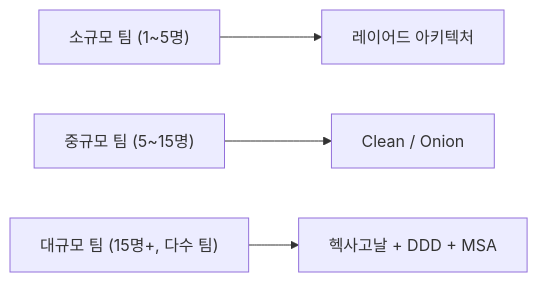
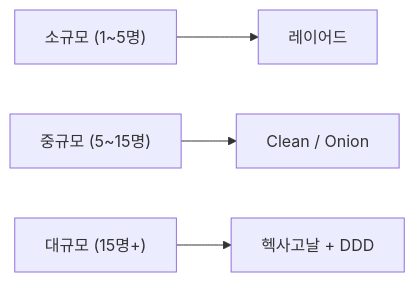
One commit to yjkim2015/yjkim2015.github.io changed the ninth of 9 diagrams in _posts/architecture/2026-05-12-layered-clean-onion.md. Above: the diagram before and after it, drawn with Mermaid. The commit also changed other lines of this file and 26 other files, not shown here.

````diff
--- a/_posts/architecture/2026-05-12-layered-clean-onion.md
+++ b/_posts/architecture/2026-05-12-layered-clean-onion.md
@@ -635,6 +1173,6 @@
 ```mermaid
 graph LR
-    Small["소규모 팀 (1~5명)"] --> Layered["레이어드 아키텍처"]
-    Medium["중규모 팀 (5~15명)"] --> Clean["Clean / Onion"]
-    Large["대규모 팀 (15명+, 다수 팀)"] --> Hexagonal["헥사고날 + DDD + MSA"]
+    S["소규모 (1~5명)"] --> L["레이어드"]
+    M["중규모 (5~15명)"] --> C["Clean / Onion"]
+    B["대규모 (15명+)"] --> H["헥사고날 + DDD"]
 ```
````
